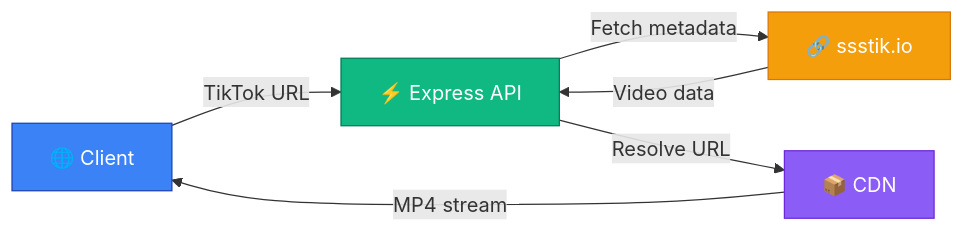
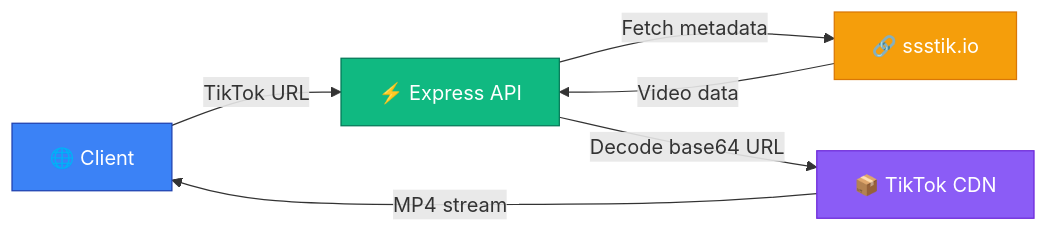
One commit to rizkyilhampra/sstiktok-downloader changed the diagram in README.md. Above: the diagram before and after it, drawn with Mermaid. The commit also changed other lines of this file, not shown here.

First line of the commit message:
docs(readme): clarify download flow and filename logic

````diff
--- a/README.md
+++ b/README.md
@@ -31,13 +31,13 @@
 ```mermaid
 graph LR
     A["🌐 Client"] -->|TikTok URL| B["⚡ Express API"]
     B -->|Fetch metadata| C["🔗 ssstik.io"]
     C -->|Video data| B
-    B -->|Resolve URL| D["📦 CDN"]
+    B -->|Decode base64 URL| D["📦 TikTok CDN"]
     D -->|MP4 stream| A
 
     style A fill:#3b82f6,stroke:#1e40af,color:#fff
     style B fill:#10b981,stroke:#047857,color:#fff
     style C fill:#f59e0b,stroke:#d97706,color:#fff
     style D fill:#8b5cf6,stroke:#6d28d9,color:#fff
 ```
````
